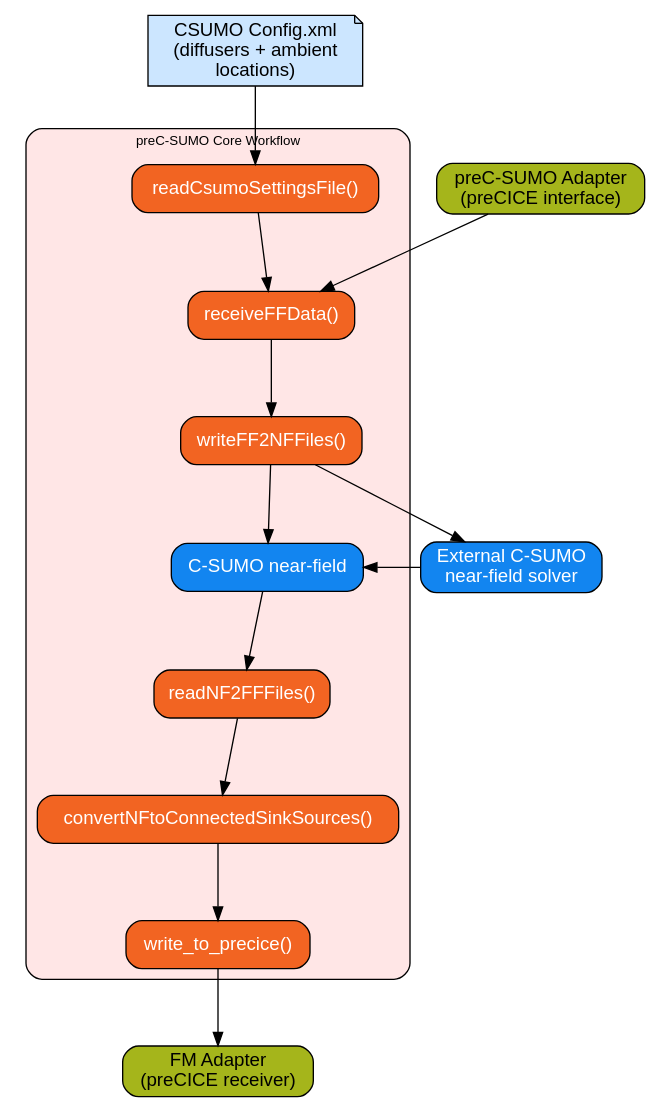
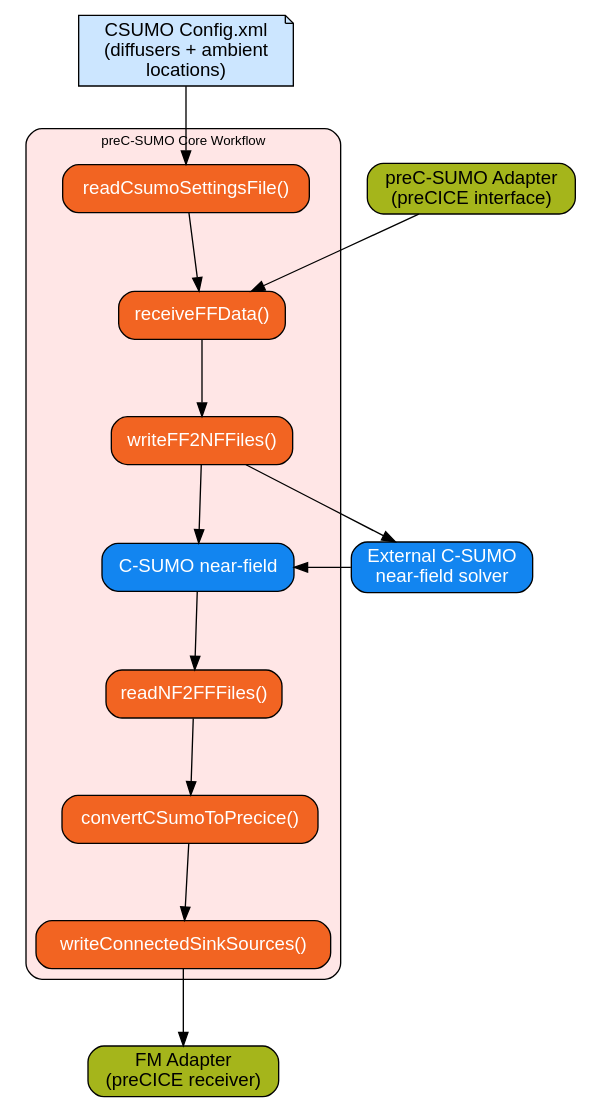
Before and after one commit to Deltares/Delft3D: the diagram in src/tools_gpl/pre_c_sumo/docs/include/preC_SUMO_Core_Workflow.dot, drawn with Graphviz. The commit also changed 41 other files, not shown here.

Commit message:
UNST-10510 Fix bugs 1-4 and refactor Pre-C-Sumo to a better split in PreCICE vs C-Sumo data structs

```diff
--- a/src/tools_gpl/pre_c_sumo/docs/include/preC_SUMO_Core_Workflow.dot
+++ b/src/tools_gpl/pre_c_sumo/docs/include/preC_SUMO_Core_Workflow.dot
@@ -1,70 +1,70 @@
 // Detailed workflow of preC-SUMO core processes
 // Shows the sequence of tasks and data flow within the preC-SUMO adapter
 
 digraph preCSUMOWorkflow {
 
   rankdir=TB;
   splines=true;
   nodesep=0.6;
   ranksep=0.8;
   fontname="Helvetica";
   fontsize=10;
 
   node [shape=box, style=rounded, fontname="Helvetica"];
   edge [fontname="Helvetica", fontsize=9];
 
   /* -------------------------
      Input Sources
   --------------------------*/
   CSUMOConfig [label="CSUMO Config.xml\n(diffusers + ambient\nlocations)", shape=note, fillcolor="#CCE6FF", style=filled];
   ProC_Adapter [label="preC-SUMO Adapter\n(preCICE interface)", shape=box, fillcolor="#A5B51B", style="rounded,filled"];
 
   /* -------------------------
      Core Tasks
   --------------------------*/
   subgraph cluster_workflow {
     label="preC-SUMO Core Workflow";
     style="rounded,filled";
     fillcolor="#FFE6E6";
 
     task1 [label="readCsumoSettingsFile()", shape=box, fillcolor="#F26422", fontcolor="white", style="rounded,filled", URL="\\ref pre_c_sumo_read_csumo_settings_file", tooltip="Open readCsumoSettingsFile docs"];
 
     task2 [label="receiveFFData()", shape=box, fillcolor="#F26422", fontcolor="white", style="rounded,filled", URL="\\ref pre_c_sumo_receive_ff_data", tooltip="Open receiveFFData docs"];
 
     task3 [label="writeFF2NFFiles()", shape=box, fillcolor="#F26422", fontcolor="white", style="rounded,filled", URL="\\ref pre_c_sumo_write_ff2nf", tooltip="Open writeFF2NFFiles docs"];
 
     task4 [label="C-SUMO near-field", shape=box, fillcolor="#1285f0", fontcolor="white", style="rounded,filled", URL="\\ref pre_c_sumo_write_ff2nf", tooltip="FF2NF to NF2FF exchange"];
 
     task5 [label="readNF2FFFiles()", shape=box, fillcolor="#F26422", fontcolor="white", style="rounded,filled", URL="\\ref pre_c_sumo_read_nf2ff", tooltip="Open readNF2FFFiles docs"];
 
-    task6 [label="convertNFtoConnectedSinkSources()", shape=box, fillcolor="#F26422", fontcolor="white", style="rounded,filled", URL="\\ref pre_c_sumo_convert_nf_to_connected_sink_sources", tooltip="Open conversion docs"];
+    task6 [label="convertCSumoToPrecice()", shape=box, fillcolor="#F26422", fontcolor="white", style="rounded,filled", URL="\\ref pre_c_sumo_convert_nf_to_connected_sink_sources", tooltip="Open conversion docs"];
 
-   task7 [label="write_to_precice()", shape=box, fillcolor="#F26422", fontcolor="white", style="rounded,filled", URL="\\ref pre_c_sumo_connected_sink_sources_write_to_precice", tooltip="Open write_to_precice docs"];
+   task7 [label="writeConnectedSinkSources()", shape=box, fillcolor="#F26422", fontcolor="white", style="rounded,filled", URL="\\ref pre_c_sumo_connected_sink_sources_write_to_precice", tooltip="Open writeConnectedSinkSources docs"];
 
     task1 -> task2;
     task2 -> task3;
     task3 -> task4;
     task4 -> task5;
     task5 -> task6;
     task6 -> task7;
   }
 
   /* -------------------------
      Output
   --------------------------*/
   FMAdapter [label="FM Adapter\n(preCICE receiver)", shape=box, fillcolor="#A5B51B", style="rounded,filled"];
 
   /* -------------------------
      Data Flow
   --------------------------*/
   CSUMOConfig -> task1;
   ProC_Adapter -> task2;
   task7 -> FMAdapter;
 
   /* -------------------------
      External Coupling
   --------------------------*/
   ExtCSUMO [label="External C-SUMO\nnear-field solver", shape=box, fillcolor="#1285f0", fontcolor="white", style="rounded,filled"];
   task3 -> ExtCSUMO;
   ExtCSUMO -> task4;
 }
```
